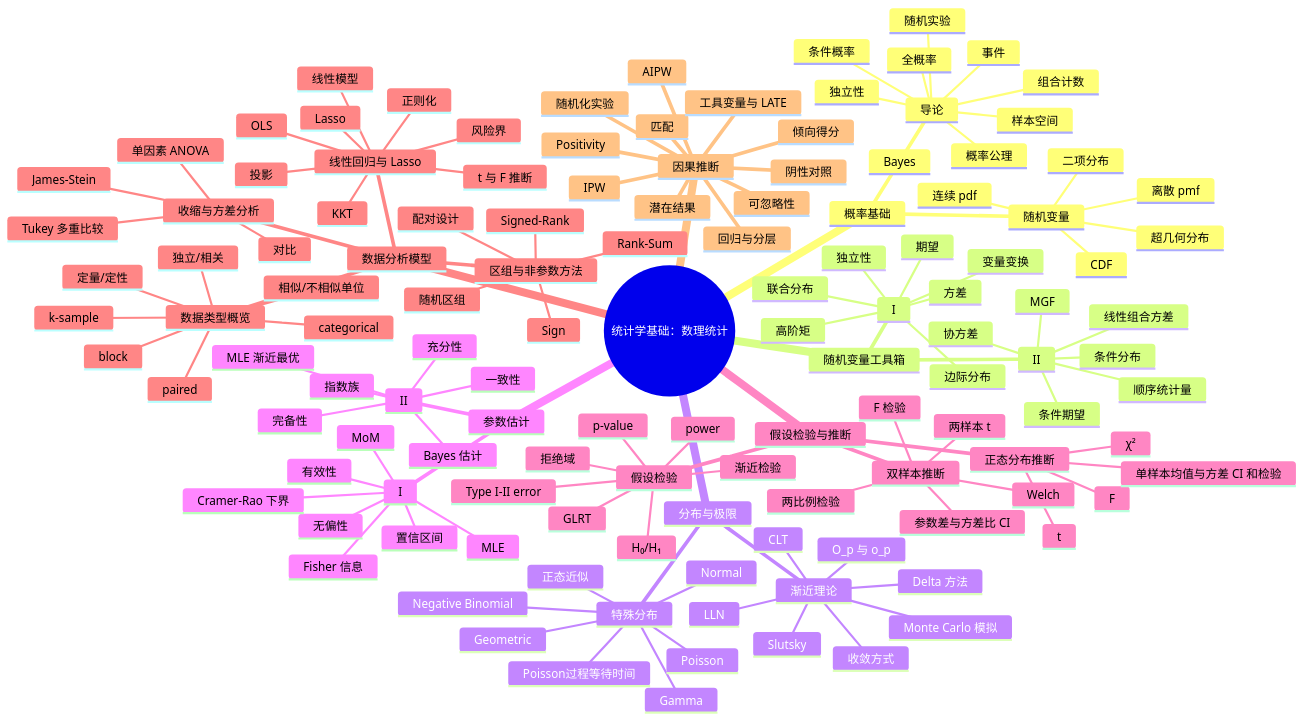
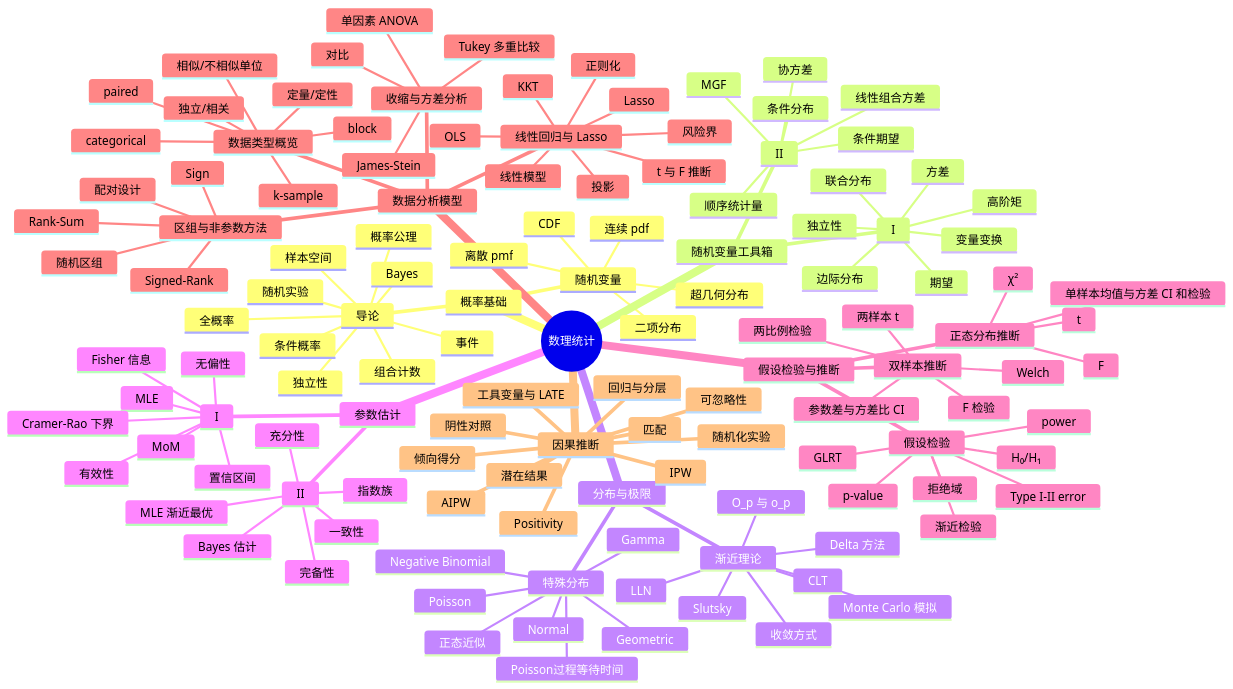
Before and after one commit to hadanice/OpenDS: the first of 2 diagrams in docs/notes/mathematical-statistics/index.md, drawn with Mermaid.

Commit message:
Update root node in mindmap to '数理统计'

````diff
--- a/docs/notes/mathematical-statistics/index.md
+++ b/docs/notes/mathematical-statistics/index.md
@@ -13,6 +13,6 @@
 ```mermaid
 mindmap
-  root((统计学基础：数理统计))
+  root((数理统计))
 
     概率基础
       导论
````
